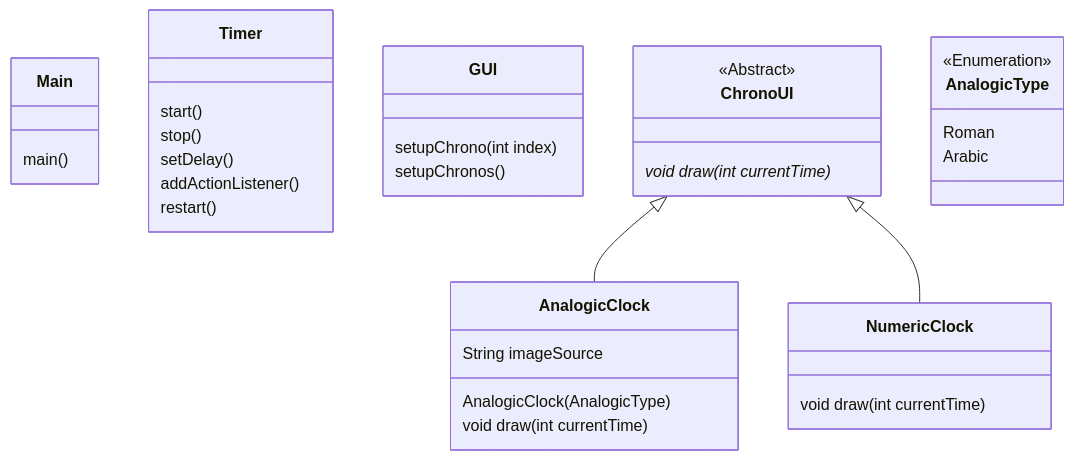
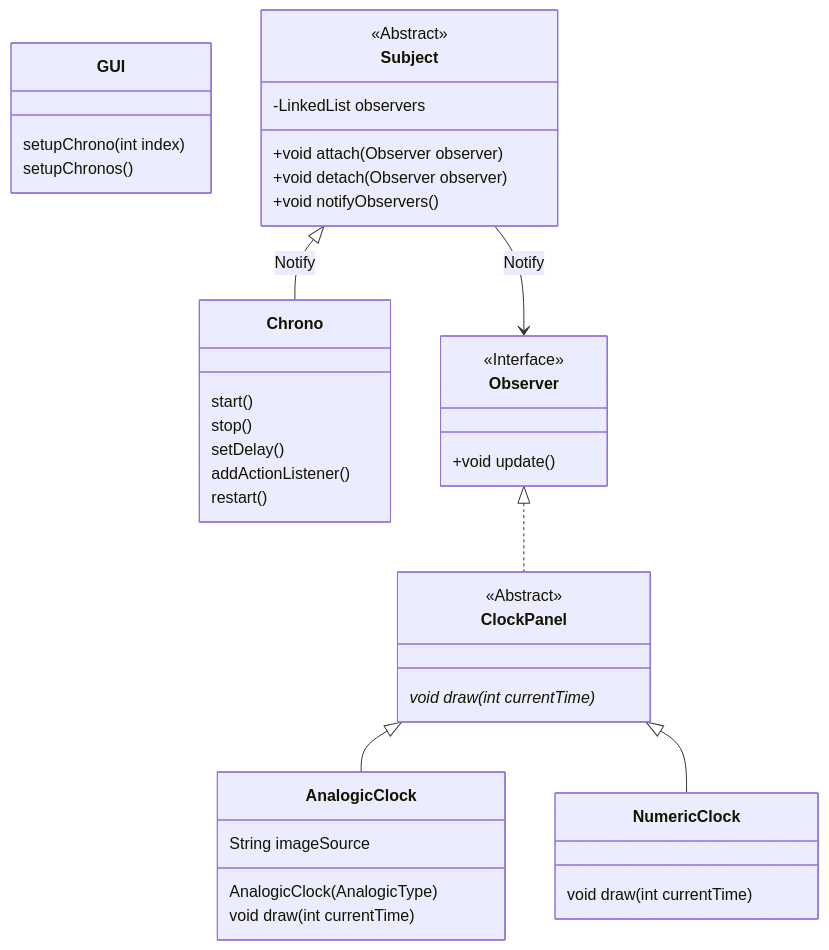
The diagram in README.md (DrC0okie/HEIG_MCR_Labo1), drawn with Mermaid before and after one commit.

````diff
--- a/README.md
+++ b/README.md
@@ -4,44 +4,51 @@
 ```mermaid
 classDiagram
-class Main {
-	main()
-}
 
-class Timer {
+class Chrono {
 	start()
 	stop()
 	setDelay()
 	addActionListener()
 	restart()
 }
 
 class GUI {
 	setupChrono(int index)
 	setupChronos()
 }
 
-class ChronoUI {
+    class Subject {
+        <<Abstract>>
+        -LinkedList<Observer> observers
+        +void attach(Observer observer)
+        +void detach(Observer observer)
+        +void notifyObservers()
+    }
+    
+    class Observer {
+        <<Interface>>
+        +void update()
+    }
+
+class ClockPanel {
     <<Abstract>>
 	void draw(int currentTime)*
-}
-
-class AnalogicType {
-    <<Enumeration>>
-    Roman
-    Arabic
 }
 
 class AnalogicClock {
     AnalogicClock(AnalogicType)
     String imageSource
 	void draw(int currentTime)
 }
 
 class NumericClock {
 	void draw(int currentTime)
 }
 
-ChronoUI <|-- AnalogicClock
-ChronoUI <|-- NumericClock
+ClockPanel <|-- AnalogicClock
+ClockPanel <|-- NumericClock
+Subject <|-- Chrono : Notify
+Subject --> Observer : Notify
+Observer <|.. ClockPanel
 
 ```
````
